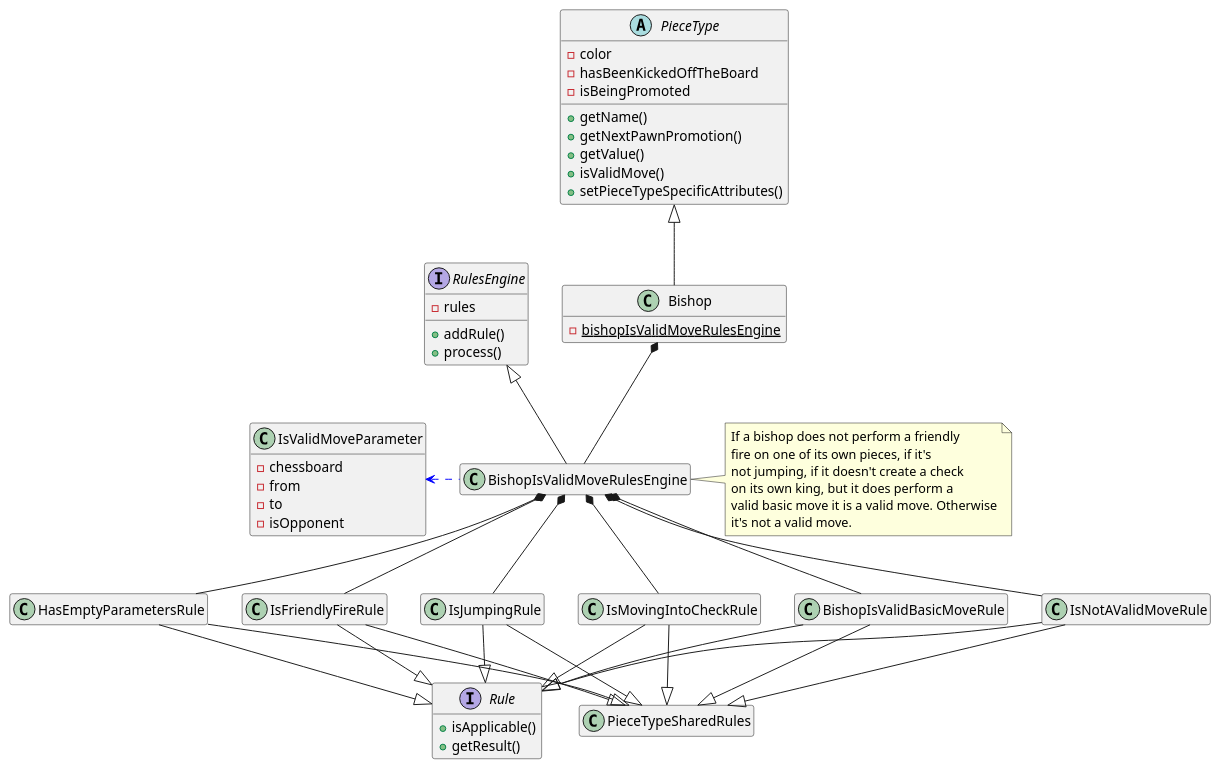
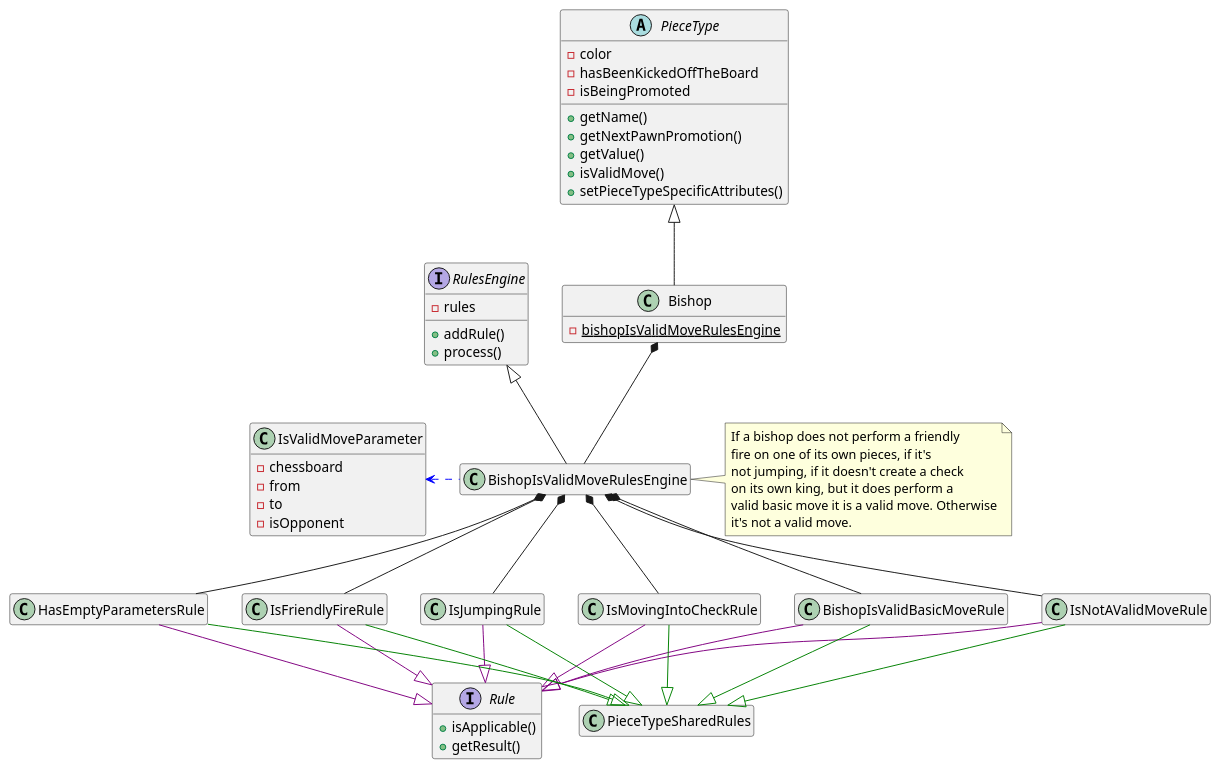
The diagram in game/src/main/resources/uml/bishop.puml (tiktaalick/chess-with-database), drawn with PlantUML before and after one commit. The commit also changed 5 other files, not shown here.

Commit message:
Added colors to the class diagrams.

```diff
--- a/game/src/main/resources/uml/bishop.puml
+++ b/game/src/main/resources/uml/bishop.puml
@@ -1,86 +1,86 @@
 @startuml
 
 '--------------'
 'Hidden members'
 '--------------'
 hide empty members
 
 '----'
 'Move'
 '----'
 abstract class PieceType {
     - color
     - hasBeenKickedOffTheBoard
     - isBeingPromoted
     + getName()
     + getNextPawnPromotion()
     + getValue()
     + isValidMove()
     + setPieceTypeSpecificAttributes()
 }
 
 class Bishop {
     - {static} bishopIsValidMoveRulesEngine
 }
 
 class IsValidMoveParameter {
     - chessboard
     - from
     - to
     - isOpponent
 }
 
 interface RulesEngine {
     - rules
     + addRule()
     + process()
 }
 
 interface Rule {
     + isApplicable()
     + getResult()
 }
 
 '---------'
 'Relations'
 '---------'
 PieceType <|-down- Bishop
 Bishop *-- BishopIsValidMoveRulesEngine
 
 BishopIsValidMoveRulesEngine -up-|> RulesEngine
 BishopIsValidMoveRulesEngine .left[#blue].> IsValidMoveParameter
 
 HasEmptyParametersRule -up-* BishopIsValidMoveRulesEngine
 IsFriendlyFireRule -up-* BishopIsValidMoveRulesEngine
 IsJumpingRule -up-* BishopIsValidMoveRulesEngine
 IsMovingIntoCheckRule -up-* BishopIsValidMoveRulesEngine
 BishopIsValidBasicMoveRule -up-* BishopIsValidMoveRulesEngine
 IsNotAValidMoveRule -up-* BishopIsValidMoveRulesEngine
 
-HasEmptyParametersRule --|> Rule
-IsFriendlyFireRule --|> Rule
-IsJumpingRule --|> Rule
-IsMovingIntoCheckRule --|> Rule
-BishopIsValidBasicMoveRule --|> Rule
-IsNotAValidMoveRule --|> Rule
+HasEmptyParametersRule -down[#purple]-|> Rule
+IsFriendlyFireRule -down[#purple]-|> Rule
+IsJumpingRule -down[#purple]-|> Rule
+IsMovingIntoCheckRule -down[#purple]-|> Rule
+BishopIsValidBasicMoveRule -down[#purple]-|> Rule
+IsNotAValidMoveRule -down[#purple]-|> Rule
 
-HasEmptyParametersRule -down-|> PieceTypeSharedRules
-IsFriendlyFireRule -down-|> PieceTypeSharedRules
-IsJumpingRule -down-|> PieceTypeSharedRules
-IsMovingIntoCheckRule -down-|> PieceTypeSharedRules
-BishopIsValidBasicMoveRule -down-|> PieceTypeSharedRules
-IsNotAValidMoveRule -down-|> PieceTypeSharedRules
+HasEmptyParametersRule -down[#green]-|> PieceTypeSharedRules
+IsFriendlyFireRule -down[#green]-|> PieceTypeSharedRules
+IsJumpingRule -down[#green]-|> PieceTypeSharedRules
+IsMovingIntoCheckRule -down[#green]-|> PieceTypeSharedRules
+BishopIsValidBasicMoveRule -down[#green]-|> PieceTypeSharedRules
+IsNotAValidMoveRule -down[#green]-|> PieceTypeSharedRules
 
 '-----'
 'Notes'
 '-----'
 note right of BishopIsValidMoveRulesEngine {
     If a bishop does not perform a friendly
     fire on one of its own pieces, if it's
     not jumping, if it doesn't create a check
     on its own king, but it does perform a
     valid basic move it is a valid move. Otherwise
     it's not a valid move.
 }
 
 @enduml
```
